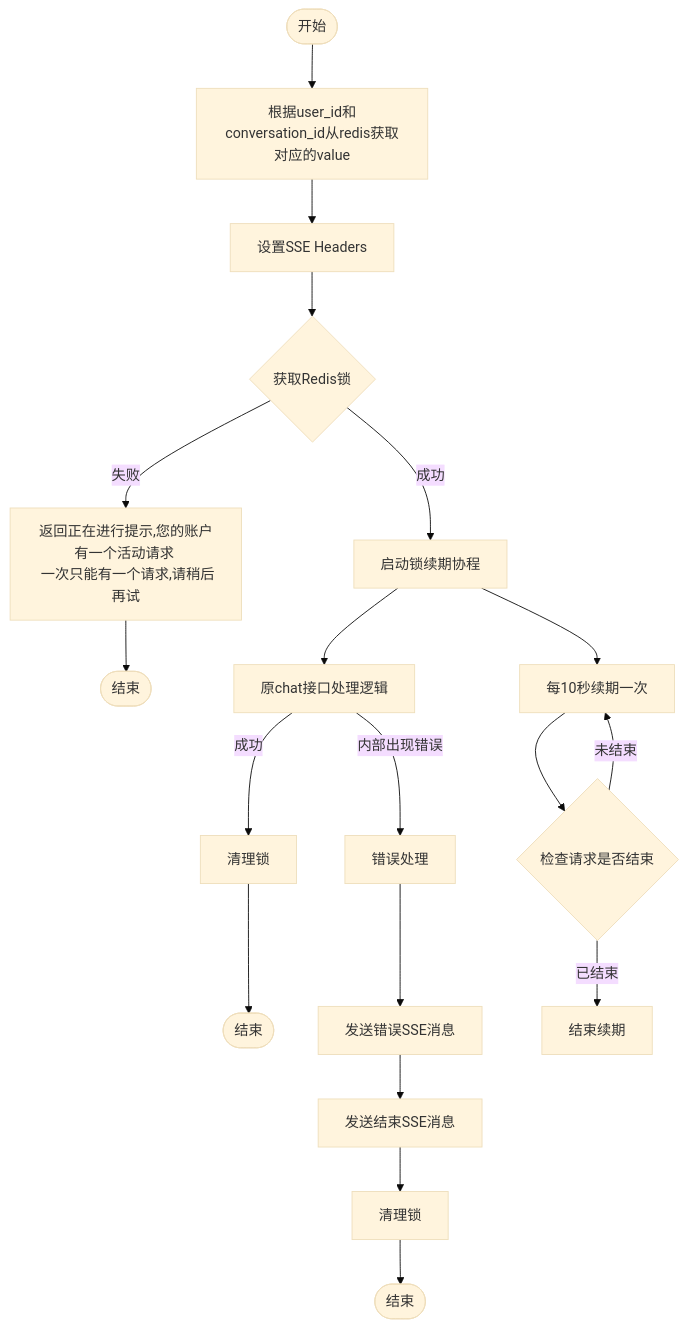
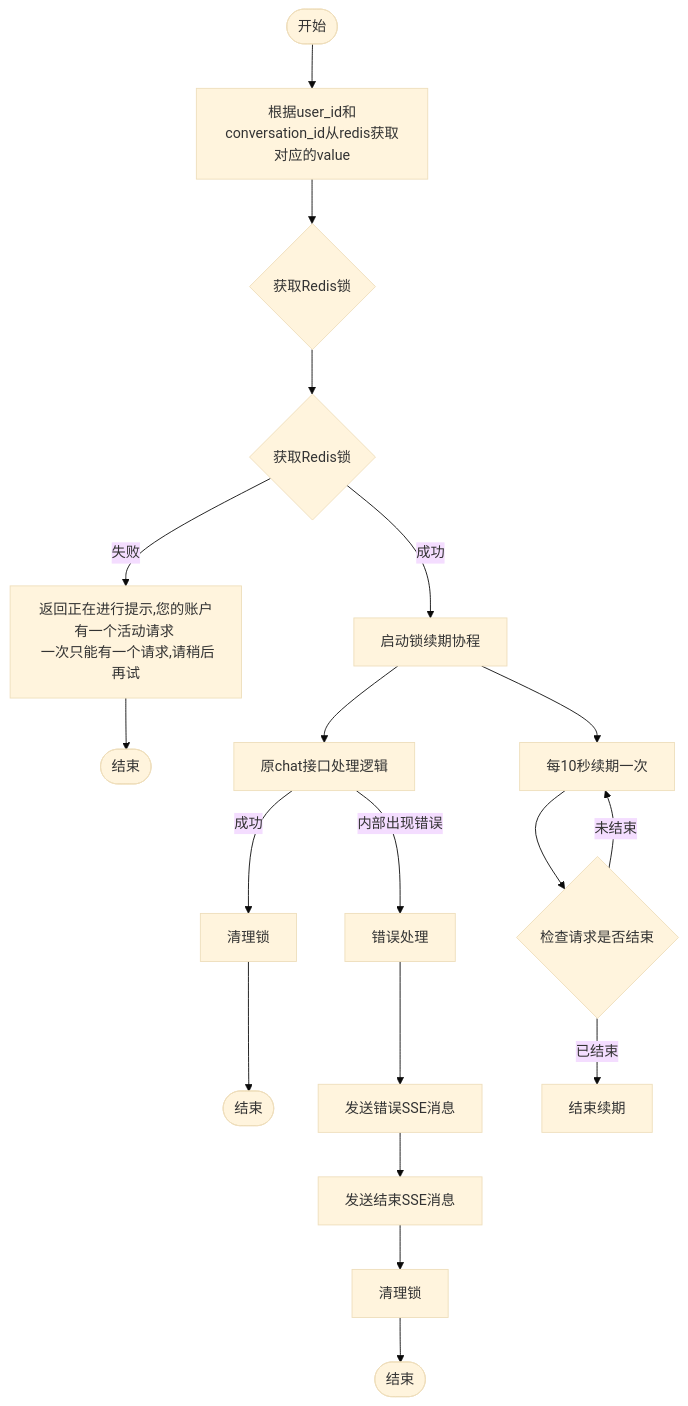
Before and after one commit to yingjianzh/iodraw-files: the diagram in all/未命名-20.md, drawn with Mermaid (base theme).

Commit message:
2025-02-05 16:21:31 update

````diff
--- a/all/未命名-20.md
+++ b/all/未命名-20.md
@@ -1,30 +1,30 @@
 ```mermaid
 flowchart TD
     Start([开始]) --> A[根据user_id和conversation_id从redis获取对应的value]
-    A --> B[设置SSE Headers]
+    A --> B{获取Redis锁}
     B --> C{获取Redis锁}
     
     C -->|失败| D[返回正在进行提示,您的账户有一个活动请求 \n 一次只能有一个请求,请稍后再试]
     D --> End1([结束])
     
     C -->|成功| E[启动锁续期协程]
     E --> F[原chat接口处理逻辑]
     
     F -->|内部出现错误| G[错误处理]
      %% 正常结束流程
     F -->|成功| N[清理锁]
     N --> End3([结束])
     
     %% 错误处理流程
     G --> K[发送错误SSE消息]
     K --> L[发送结束SSE消息]
     L --> M[清理锁]
     M --> End2([结束])
     
     %% 锁续期协程
     E --> O[每10秒续期一次]
     O --> P{检查请求是否结束}
     P -->|未结束| O
     P -->|已结束| Q[结束续期]
 
 ```
````
